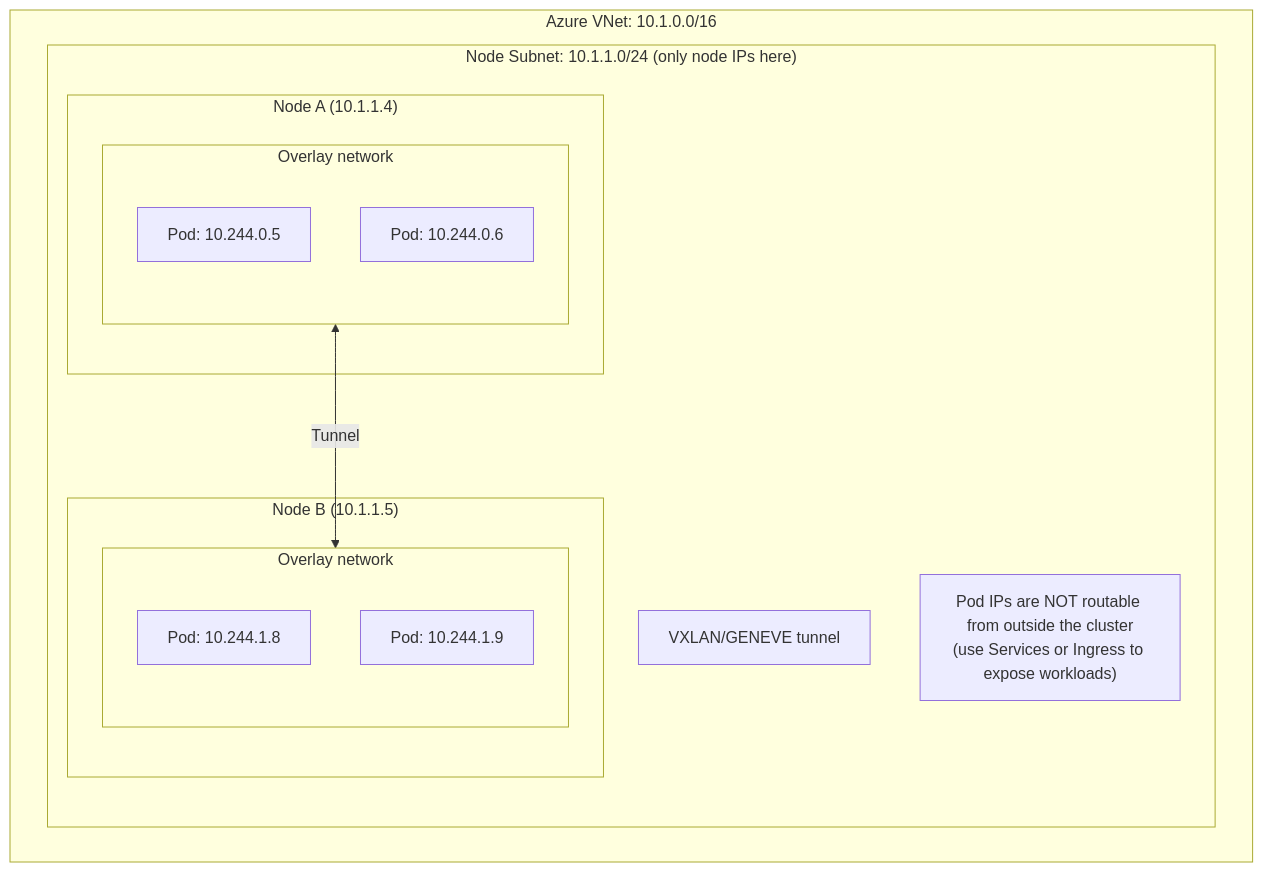
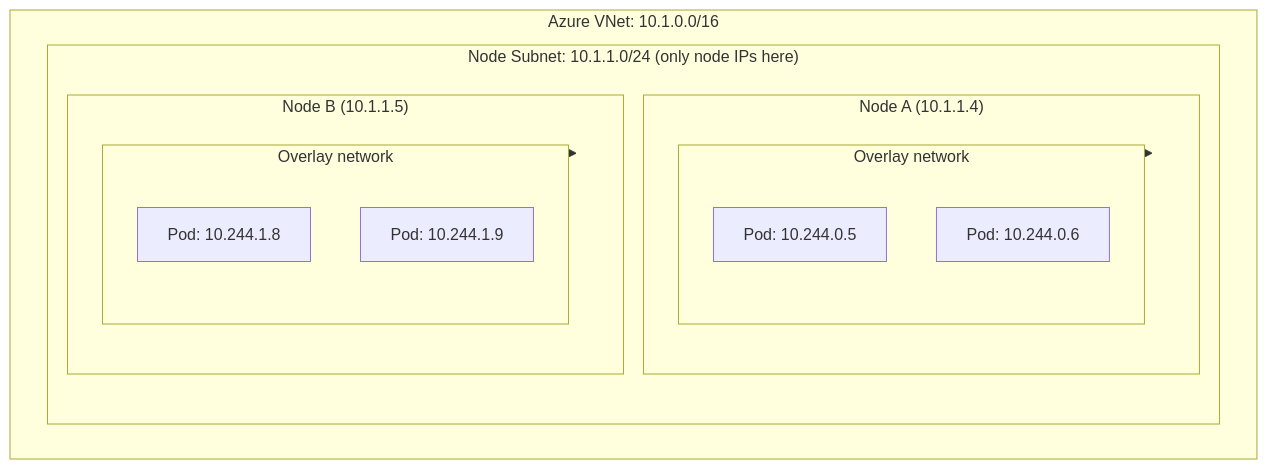
The third of 6 diagrams in src/content/docs/cloud/aks-deep-dive/module-7.2-aks-networking.md (kube-dojo/kube-dojo.github.io), drawn with Mermaid before and after one commit. The commit also changed other lines of this file, not shown here.

Commit message:
docs(cloud): hide AKS 7.2 after-bridge restatement and overlay VXLAN invert #3177

````diff
--- a/src/content/docs/cloud/aks-deep-dive/module-7.2-aks-networking.md
+++ b/src/content/docs/cloud/aks-deep-dive/module-7.2-aks-networking.md
@@ -140,22 +140,21 @@
 ```mermaid
 graph TD
     subgraph VNet ["Azure VNet: 10.1.0.0/16"]
         subgraph Subnet ["Node Subnet: 10.1.1.0/24 (only node IPs here)"]
             subgraph NodeA ["Node A (10.1.1.4)"]
                 subgraph OverlayA ["Overlay network"]
                     PodA1["Pod: 10.244.0.5"]
                     PodA2["Pod: 10.244.0.6"]
                 end
             end
             subgraph NodeB ["Node B (10.1.1.5)"]
                 subgraph OverlayB ["Overlay network"]
                     PodB1["Pod: 10.244.1.8"]
                     PodB2["Pod: 10.244.1.9"]
                 end
             end
-            Tunnel["VXLAN/GENEVE tunnel"]
-            OverlayA <-->|Tunnel| OverlayB
-            Note["Pod IPs are NOT routable from outside the cluster<br/>(use Services or Ingress to expose workloads)"]
+            OverlayA -.-> NodeA
+            OverlayB -.-> NodeB
         end
     end
 ```
````
